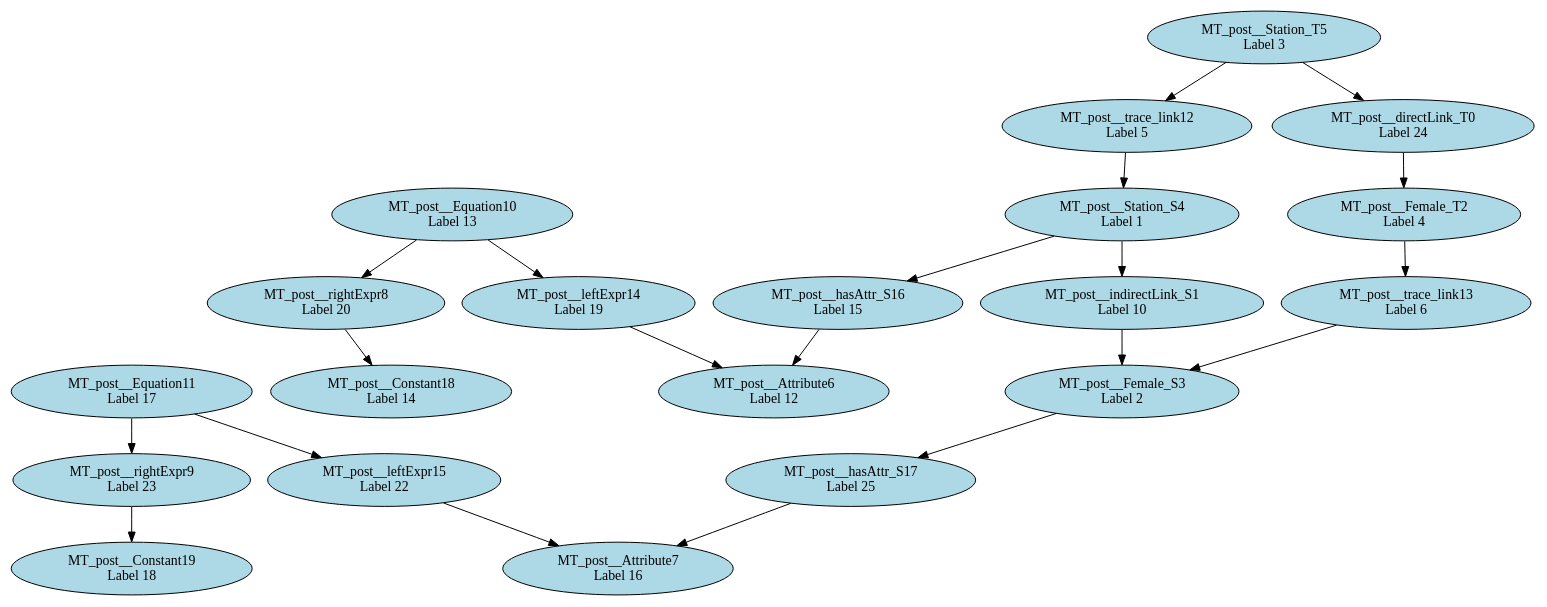
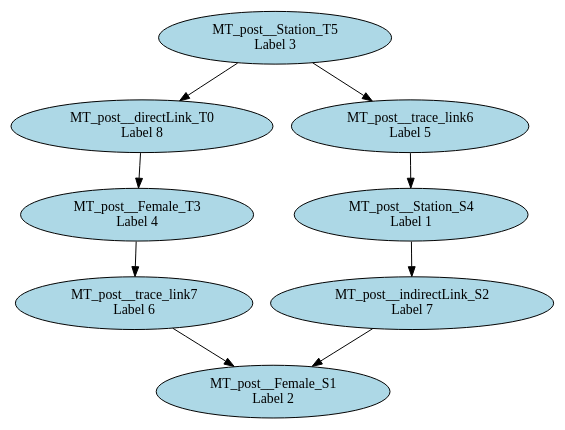
One commit to levilucio/SyVOLT changed the diagram in dot/ruleCombinator_rewrite_HSF2SF_combine_1RHS.dot. Above: the diagram before and after it, drawn with Graphviz. The commit also changed 30 other files, not shown here.

```diff
--- a/dot/ruleCombinator_rewrite_HSF2SF_combine_1RHS.dot
+++ b/dot/ruleCombinator_rewrite_HSF2SF_combine_1RHS.dot
@@ -1,42 +1,18 @@
 digraph ruleCombinator_rewrite_HSF2SF_combine_1RHS {
-"MT_post__directLink_T0\n Label 24" [style=filled, fillcolor=lightblue];
-"MT_post__indirectLink_S1\n Label 10" [style=filled, fillcolor=lightblue];
-"MT_post__Female_T2\n Label 4" [style=filled, fillcolor=lightblue];
-"MT_post__Female_S3\n Label 2" [style=filled, fillcolor=lightblue];
+"MT_post__directLink_T0\n Label 8" [style=filled, fillcolor=lightblue];
+"MT_post__Female_S1\n Label 2" [style=filled, fillcolor=lightblue];
+"MT_post__indirectLink_S2\n Label 7" [style=filled, fillcolor=lightblue];
+"MT_post__Female_T3\n Label 4" [style=filled, fillcolor=lightblue];
 "MT_post__Station_S4\n Label 1" [style=filled, fillcolor=lightblue];
 "MT_post__Station_T5\n Label 3" [style=filled, fillcolor=lightblue];
-"MT_post__Attribute6\n Label 12" [style=filled, fillcolor=lightblue];
-"MT_post__Attribute7\n Label 16" [style=filled, fillcolor=lightblue];
-"MT_post__rightExpr8\n Label 20" [style=filled, fillcolor=lightblue];
-"MT_post__rightExpr9\n Label 23" [style=filled, fillcolor=lightblue];
-"MT_post__Equation10\n Label 13" [style=filled, fillcolor=lightblue];
-"MT_post__Equation11\n Label 17" [style=filled, fillcolor=lightblue];
-"MT_post__trace_link12\n Label 5" [style=filled, fillcolor=lightblue];
-"MT_post__trace_link13\n Label 6" [style=filled, fillcolor=lightblue];
-"MT_post__leftExpr14\n Label 19" [style=filled, fillcolor=lightblue];
-"MT_post__leftExpr15\n Label 22" [style=filled, fillcolor=lightblue];
-"MT_post__hasAttr_S16\n Label 15" [style=filled, fillcolor=lightblue];
-"MT_post__hasAttr_S17\n Label 25" [style=filled, fillcolor=lightblue];
-"MT_post__Constant18\n Label 14" [style=filled, fillcolor=lightblue];
-"MT_post__Constant19\n Label 18" [style=filled, fillcolor=lightblue];
-"MT_post__hasAttr_S16\n Label 15" -> "MT_post__Attribute6\n Label 12";
-"MT_post__leftExpr14\n Label 19" -> "MT_post__Attribute6\n Label 12";
-"MT_post__hasAttr_S17\n Label 25" -> "MT_post__Attribute7\n Label 16";
-"MT_post__leftExpr15\n Label 22" -> "MT_post__Attribute7\n Label 16";
-"MT_post__Station_T5\n Label 3" -> "MT_post__directLink_T0\n Label 24";
-"MT_post__directLink_T0\n Label 24" -> "MT_post__Female_T2\n Label 4";
-"MT_post__Equation10\n Label 13" -> "MT_post__rightExpr8\n Label 20";
-"MT_post__rightExpr8\n Label 20" -> "MT_post__Constant18\n Label 14";
-"MT_post__Equation11\n Label 17" -> "MT_post__rightExpr9\n Label 23";
-"MT_post__rightExpr9\n Label 23" -> "MT_post__Constant19\n Label 18";
-"MT_post__Equation10\n Label 13" -> "MT_post__leftExpr14\n Label 19";
-"MT_post__Equation11\n Label 17" -> "MT_post__leftExpr15\n Label 22";
-"MT_post__Station_T5\n Label 3" -> "MT_post__trace_link12\n Label 5";
-"MT_post__trace_link12\n Label 5" -> "MT_post__Station_S4\n Label 1";
-"MT_post__Female_T2\n Label 4" -> "MT_post__trace_link13\n Label 6";
-"MT_post__trace_link13\n Label 6" -> "MT_post__Female_S3\n Label 2";
-"MT_post__Station_S4\n Label 1" -> "MT_post__indirectLink_S1\n Label 10";
-"MT_post__indirectLink_S1\n Label 10" -> "MT_post__Female_S3\n Label 2";
-"MT_post__Female_S3\n Label 2" -> "MT_post__hasAttr_S17\n Label 25";
-"MT_post__Station_S4\n Label 1" -> "MT_post__hasAttr_S16\n Label 15";
+"MT_post__trace_link6\n Label 5" [style=filled, fillcolor=lightblue];
+"MT_post__trace_link7\n Label 6" [style=filled, fillcolor=lightblue];
+"MT_post__Station_T5\n Label 3" -> "MT_post__directLink_T0\n Label 8";
+"MT_post__directLink_T0\n Label 8" -> "MT_post__Female_T3\n Label 4";
+"MT_post__trace_link7\n Label 6" -> "MT_post__Female_S1\n Label 2";
+"MT_post__indirectLink_S2\n Label 7" -> "MT_post__Female_S1\n Label 2";
+"MT_post__Station_T5\n Label 3" -> "MT_post__trace_link6\n Label 5";
+"MT_post__trace_link6\n Label 5" -> "MT_post__Station_S4\n Label 1";
+"MT_post__Female_T3\n Label 4" -> "MT_post__trace_link7\n Label 6";
+"MT_post__Station_S4\n Label 1" -> "MT_post__indirectLink_S2\n Label 7";
 }
```
